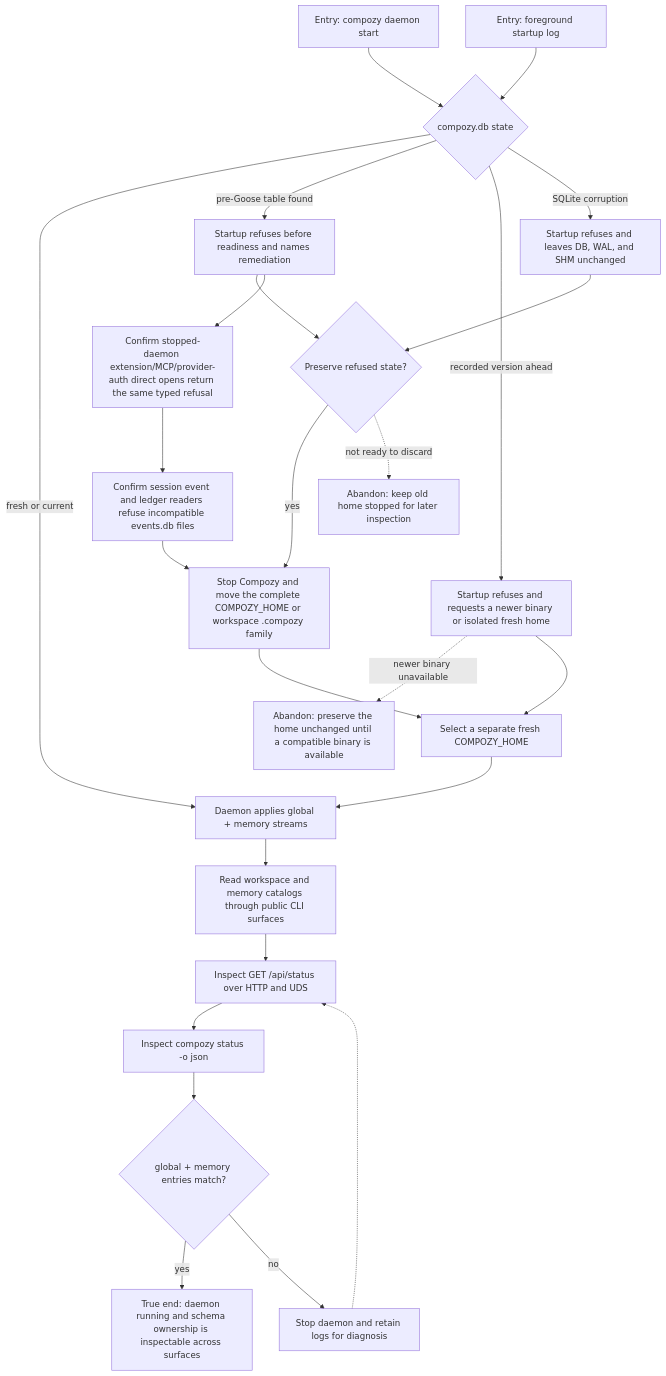
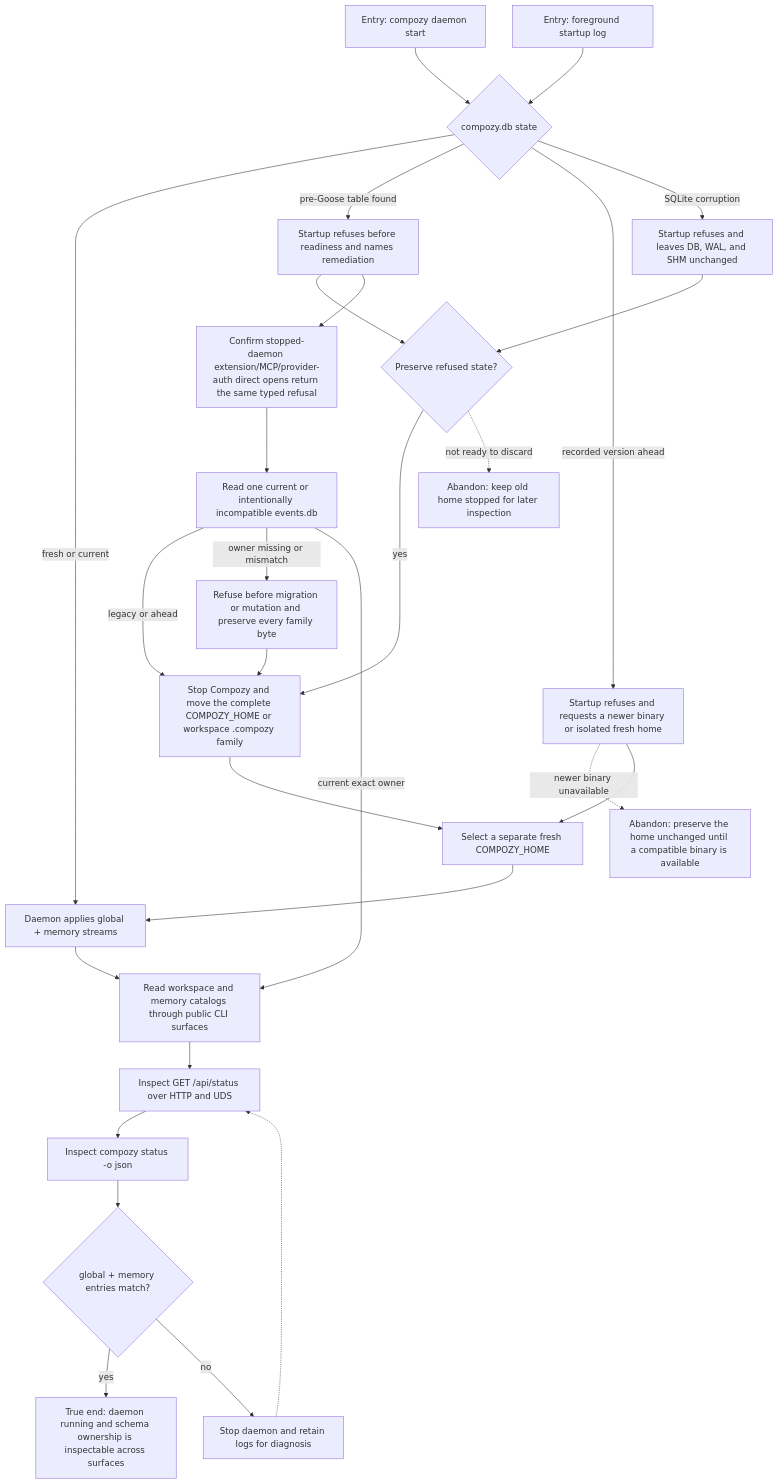
The diagram in docs/qa/journeys/J-operate-daemon-schema.md (compozy/compozy), drawn with Mermaid before and after one commit. The commit also changed other lines of this file and 1803 other files, not shown here.

````diff
--- a/docs/qa/journeys/J-operate-daemon-schema.md
+++ b/docs/qa/journeys/J-operate-daemon-schema.md
@@ -6,27 +6,30 @@
 ```mermaid
 flowchart TD
     C1[Entry: compozy daemon start] --> DB{compozy.db state}
     C2[Entry: foreground startup log] --> DB
     DB -->|fresh or current| BOOT[Daemon applies global + memory streams]
     DB -->|pre-Goose table found| REFUSE[Startup refuses before readiness and names remediation]
     DB -->|recorded version ahead| AHEAD[Startup refuses and requests a newer binary or isolated fresh home]
     DB -->|SQLite corruption| CORRUPT[Startup refuses and leaves DB, WAL, and SHM unchanged]
     REFUSE --> CHOICE{Preserve refused state?}
     CORRUPT --> CHOICE
     CHOICE -->|yes| BACKUP[Stop Compozy and move the complete COMPOZY_HOME or workspace .compozy family]
     CHOICE -.->|not ready to discard| ABANDON[Abandon: keep old home stopped for later inspection]
     REFUSE --> DIRECT[Confirm stopped-daemon extension/MCP/provider-auth direct opens return the same typed refusal]
-    DIRECT --> SESSIONREAD[Confirm session event and ledger readers refuse incompatible events.db files]
-    SESSIONREAD --> BACKUP
+    DIRECT --> SESSIONREAD[Read one current or intentionally incompatible events.db]
+    SESSIONREAD -->|legacy or ahead| BACKUP
+    SESSIONREAD -->|owner missing or mismatch| OWNERREFUSE[Refuse before migration or mutation and preserve every family byte]
+    OWNERREFUSE --> BACKUP
+    SESSIONREAD -->|current exact owner| DOMAINS
     AHEAD -.->|newer binary unavailable| ABANDONAHEAD[Abandon: preserve the home unchanged until a compatible binary is available]
     AHEAD --> FRESH[Select a separate fresh COMPOZY_HOME]
     FRESH --> BOOT
     BACKUP --> FRESH
     BOOT --> DOMAINS[Read workspace and memory catalogs through public CLI surfaces]
     DOMAINS --> STATUS[Inspect GET /api/status over HTTP and UDS]
     STATUS --> CLI[Inspect compozy status -o json]
     CLI --> MATCH{global + memory entries match?}
     MATCH -->|yes| END[True end: daemon running and schema ownership is inspectable across surfaces]
     MATCH -->|no| STOP[Stop daemon and retain logs for diagnosis]
     STOP -.-> STATUS
 ```
````
